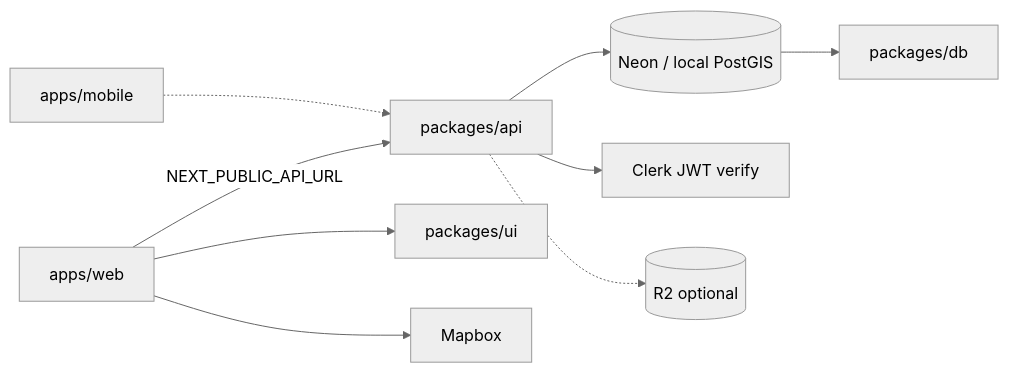
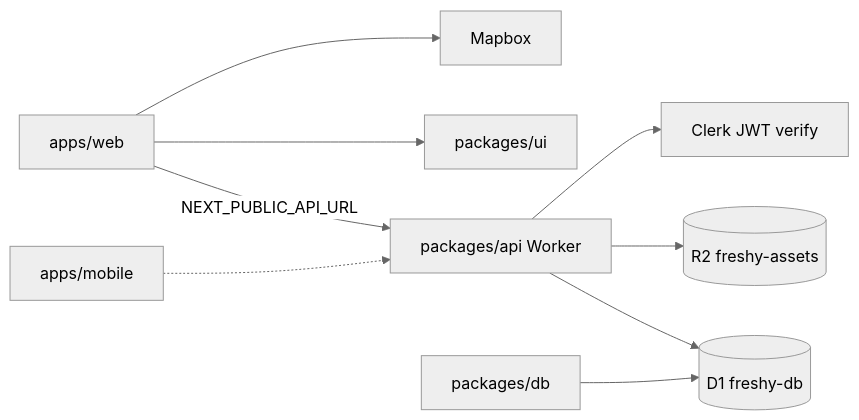
Before and after one commit to alexandrelheinen/freshy: the diagram in docs/architecture.md, drawn with Mermaid (neutral theme). The commit also changed other lines of this file and 36 other files, not shown here.

````diff
--- a/docs/architecture.md
+++ b/docs/architecture.md
@@ -68,11 +50,11 @@
 ```mermaid
 flowchart LR
-    Web[apps/web] -->|NEXT_PUBLIC_API_URL| API[packages/api]
+    Web[apps/web] -->|NEXT_PUBLIC_API_URL| API[packages/api Worker]
     Mobile[apps/mobile] -.-> API
-    API --> DB[(Neon / local PostGIS)]
+    API --> D1[(D1 freshy-db)]
+    API --> R2[(R2 freshy-assets)]
     API --> Clerk[Clerk JWT verify]
-    API -.-> R2[(R2 optional)]
     Web --> UI[packages/ui]
     Web --> Mapbox[Mapbox]
-    DB --> Prisma[packages/db]
+    DB[packages/db] --> D1
 ```
````
